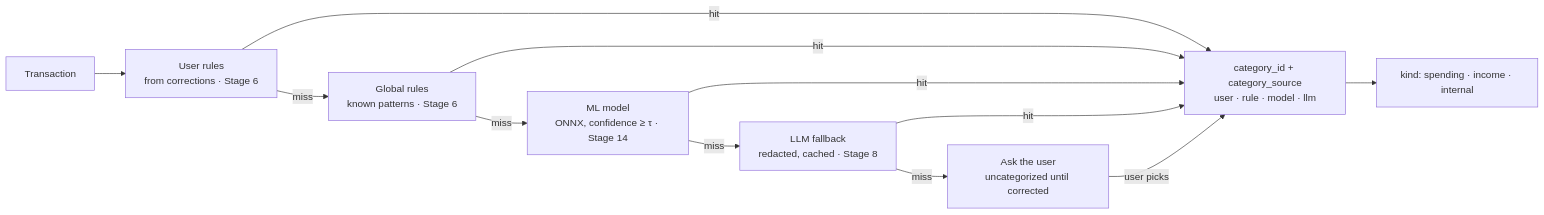
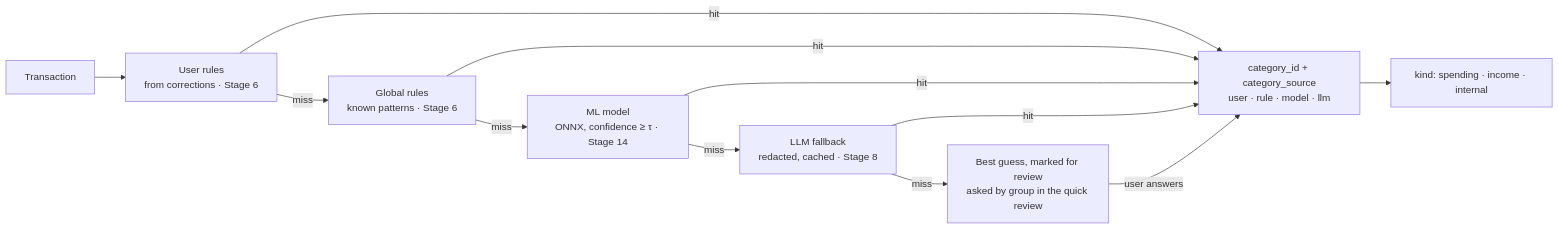
One commit to ingcarlostello/xtrakto changed the fourth of 7 diagrams in docs/ARCHITECTURE.md. Above: the diagram before and after it, drawn with Mermaid. The commit also changed other lines of this file and 50 other files, not shown here.

````diff
--- a/docs/ARCHITECTURE.md
+++ b/docs/ARCHITECTURE.md
@@ -232,14 +233,14 @@
 ```mermaid
 flowchart LR
     T["Transaction"] --> U["User rules<br/>from corrections · Stage 6"]
     U -- miss --> G["Global rules<br/>known patterns · Stage 6"]
     G -- miss --> M["ML model<br/>ONNX, confidence ≥ τ · Stage 14"]
     M -- miss --> L["LLM fallback<br/>redacted, cached · Stage 8"]
-    L -- miss --> A["Ask the user<br/>uncategorized until corrected"]
+    L -- miss --> A["Best guess, marked for review<br/>asked by group in the quick review"]
     U -- hit --> C["category_id + category_source<br/>user · rule · model · llm"]
     G -- hit --> C
     M -- hit --> C
     L -- hit --> C
-    A -- "user picks" --> C
+    A -- "user answers" --> C
     C --> K["kind: spending · income · internal"]
 ```
````
